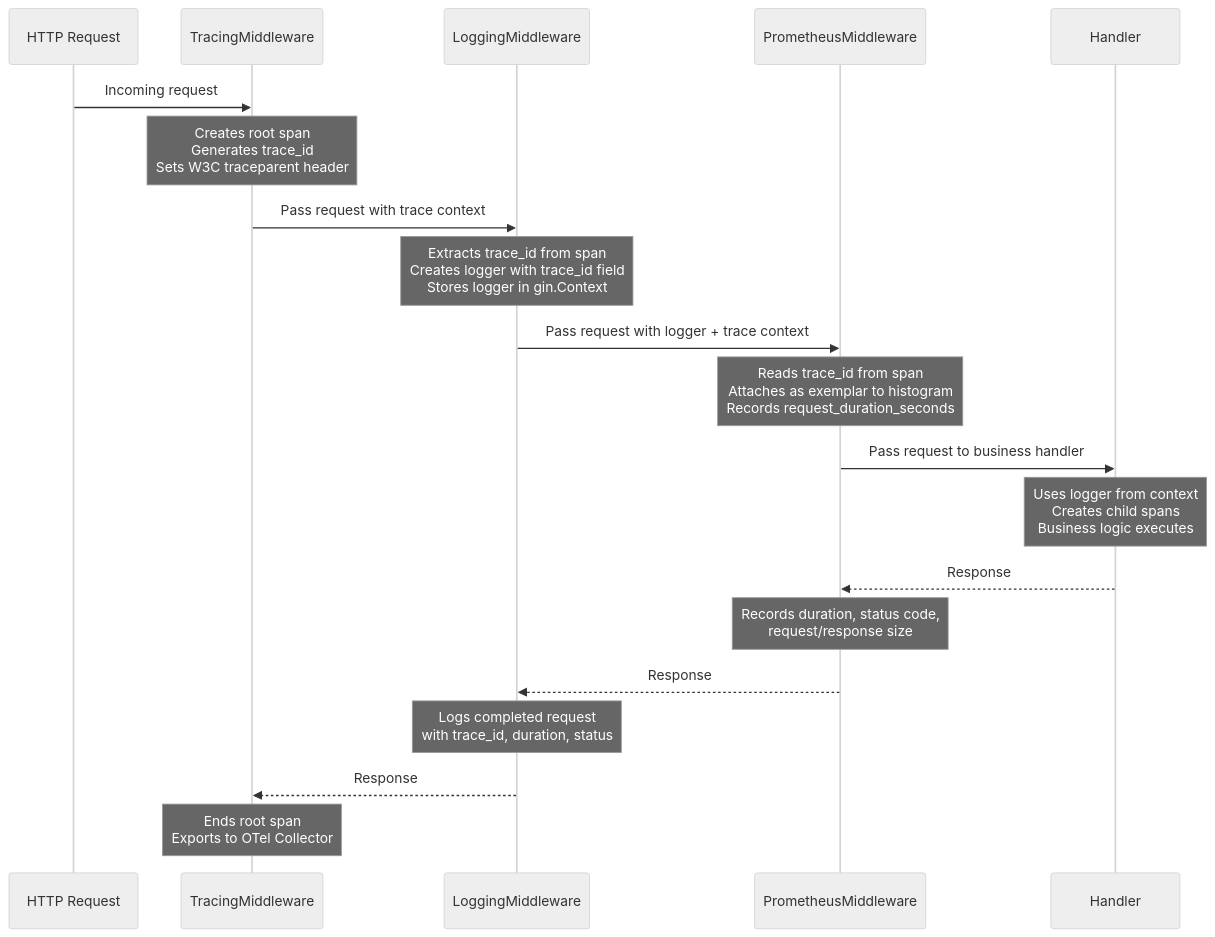
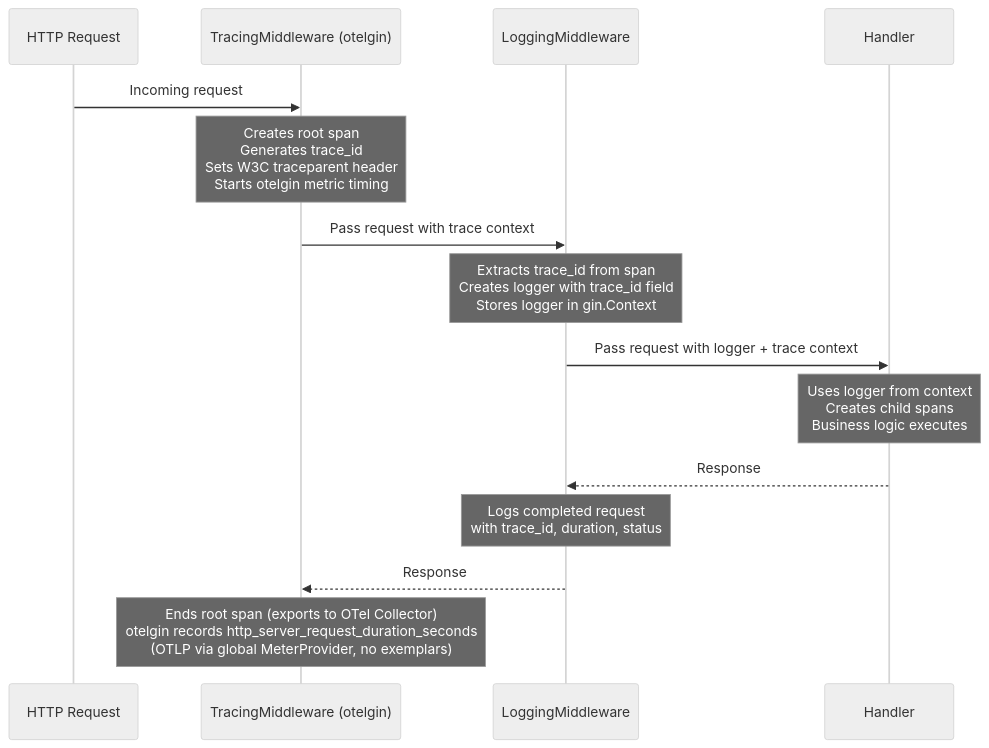
Before and after one commit to duynhlab/homelab: the fourth of 7 diagrams in docs/observability/runbooks/observability-deep-dive.md, drawn with Mermaid (neutral theme). The commit also changed other lines of this file and 24 other files, not shown here.

````diff
--- a/docs/observability/runbooks/observability-deep-dive.md
+++ b/docs/observability/runbooks/observability-deep-dive.md
@@ -248,29 +253,22 @@
 ```mermaid
 sequenceDiagram
     participant Req as HTTP Request
-    participant TM as TracingMiddleware
+    participant TM as TracingMiddleware (otelgin)
     participant LM as LoggingMiddleware
-    participant PM as PrometheusMiddleware
     participant H as Handler
 
     Req->>TM: Incoming request
-    Note over TM: Creates root span<br/>Generates trace_id<br/>Sets W3C traceparent header
+    Note over TM: Creates root span<br/>Generates trace_id<br/>Sets W3C traceparent header<br/>Starts otelgin metric timing
 
     TM->>LM: Pass request with trace context
     Note over LM: Extracts trace_id from span<br/>Creates logger with trace_id field<br/>Stores logger in gin.Context
 
-    LM->>PM: Pass request with logger + trace context
-    Note over PM: Reads trace_id from span<br/>Attaches as exemplar to histogram<br/>Records request_duration_seconds
-
-    PM->>H: Pass request to business handler
+    LM->>H: Pass request with logger + trace context
     Note over H: Uses logger from context<br/>Creates child spans<br/>Business logic executes
 
-    H-->>PM: Response
-    Note over PM: Records duration, status code,<br/>request/response size
-
-    PM-->>LM: Response
+    H-->>LM: Response
     Note over LM: Logs completed request<br/>with trace_id, duration, status
 
     LM-->>TM: Response
-    Note over TM: Ends root span<br/>Exports to OTel Collector
+    Note over TM: Ends root span (exports to OTel Collector)<br/>otelgin records http_server_request_duration_seconds<br/>(OTLP via global MeterProvider, no exemplars)
 ```
````
